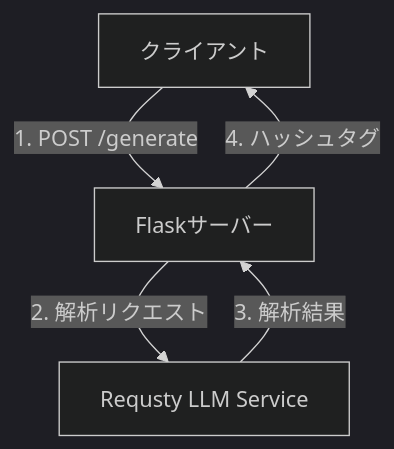
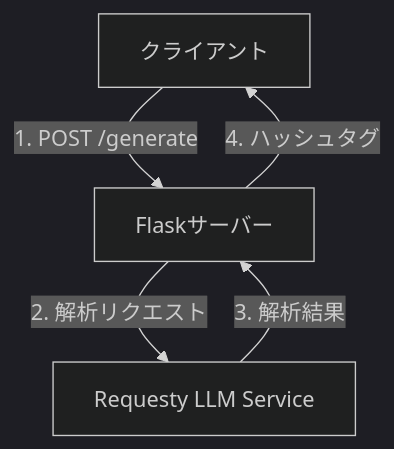
One commit to etecoo/hashtag-generator changed the diagram in docs/technical-decisions/DESIGN.md. Above: the diagram before and after it, drawn with Mermaid (dark theme). The commit also changed other lines of this file and 4 other files, not shown here.

````diff
--- a/docs/technical-decisions/DESIGN.md
+++ b/docs/technical-decisions/DESIGN.md
@@ -6,7 +6,7 @@
 ```mermaid
 graph TD
     Client[クライアント] -->|1. POST /generate| Flask[Flaskサーバー]
-    Flask -->|2. 解析リクエスト| Requsty[Requsty LLM Service]
-    Requsty -->|3. 解析結果| Flask
+    Flask -->|2. 解析リクエスト| Requesty[Requesty LLM Service]
+    Requesty -->|3. 解析結果| Flask
     Flask -->|4. ハッシュタグ| Client
 ```
````
